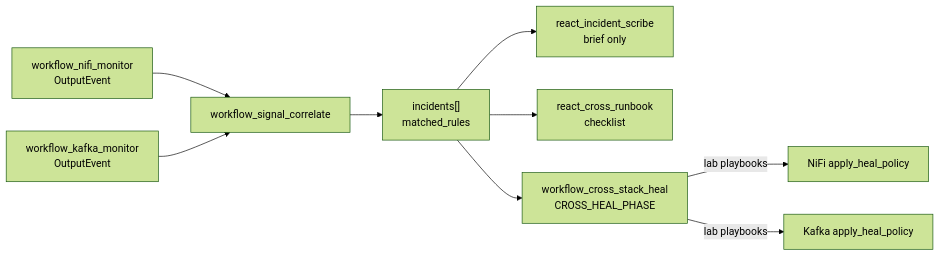
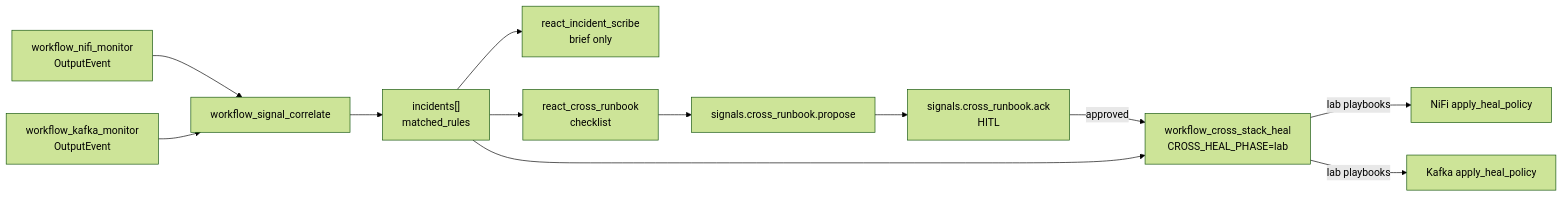
The first of 3 diagrams in docs/SIGNAL_CORRELATE.md (BrooksIan/FlinkDockerWithAgents), drawn with Mermaid (forest theme) before and after one commit. The commit also changed other lines of this file and 10 other files, not shown here.

````diff
--- a/docs/SIGNAL_CORRELATE.md
+++ b/docs/SIGNAL_CORRELATE.md
@@ -7,11 +7,14 @@
 ```mermaid
 flowchart LR
   N["workflow_nifi_monitor\nOutputEvent"] --> C["workflow_signal_correlate"]
   K["workflow_kafka_monitor\nOutputEvent"] --> C
   C --> I["incidents[]\nmatched_rules"]
   I --> S["react_incident_scribe\nbrief only"]
   I --> R["react_cross_runbook\nchecklist"]
-  I --> H["workflow_cross_stack_heal\nCROSS_HEAL_PHASE"]
+  R --> P["signals.cross_runbook.propose"]
+  P --> A["signals.cross_runbook.ack\nHITL"]
+  A -->|approved| H["workflow_cross_stack_heal\nCROSS_HEAL_PHASE=lab"]
+  I --> H
   H -->|"lab playbooks"| NifiMut["NiFi apply_heal_policy"]
   H -->|"lab playbooks"| KafkaMut["Kafka apply_heal_policy"]
 ```
````
